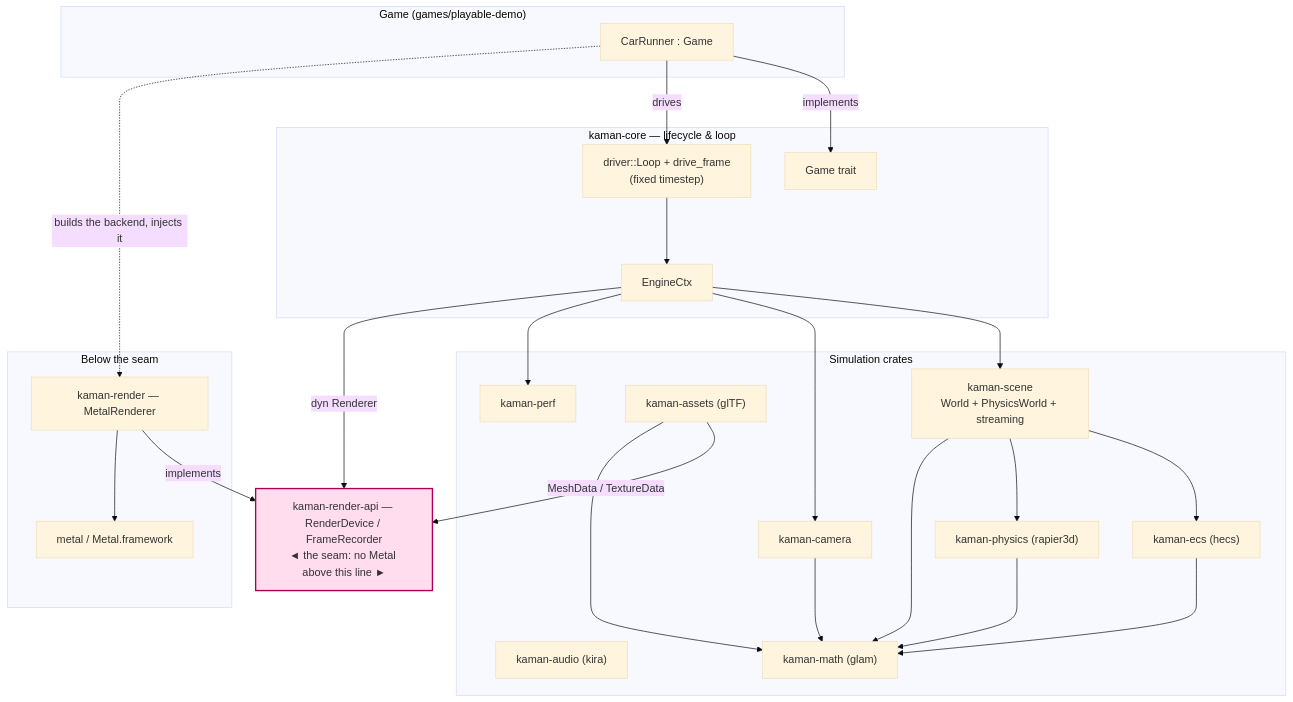
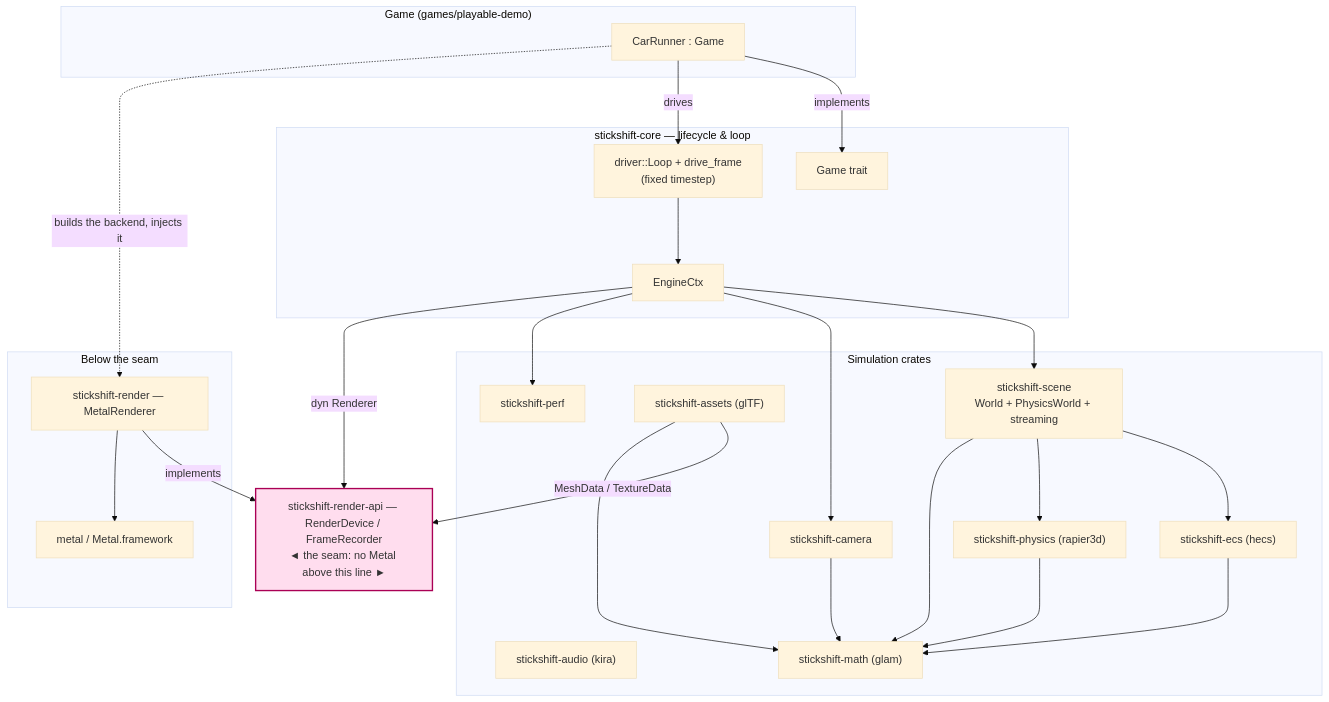
The first of 10 diagrams in docs/DESIGN.md (parsabee/KamanEngine), drawn with Mermaid (base theme) before and after one commit. The commit also changed other lines of this file and 21 other files, not shown here.

````diff
--- a/docs/DESIGN.md
+++ b/docs/DESIGN.md
@@ -18,41 +18,41 @@
 ```mermaid
 graph TD
     subgraph Game["Game (games/playable-demo)"]
         CR["CarRunner : Game"]
     end
-    subgraph Core["kaman-core — lifecycle & loop"]
+    subgraph Core["stickshift-core — lifecycle & loop"]
         LOOP["driver::Loop + drive_frame<br/>(fixed timestep)"]
         CTX["EngineCtx"]
         GAME["Game trait"]
     end
     subgraph Sim["Simulation crates"]
-        SCENE["kaman-scene<br/>World + PhysicsWorld + streaming"]
-        ECS["kaman-ecs (hecs)"]
-        PHYS["kaman-physics (rapier3d)"]
-        CAM["kaman-camera"]
-        ASSETS["kaman-assets (glTF)"]
-        AUDIO["kaman-audio (kira)"]
-        PERF["kaman-perf"]
-        MATH["kaman-math (glam)"]
+        SCENE["stickshift-scene<br/>World + PhysicsWorld + streaming"]
+        ECS["stickshift-ecs (hecs)"]
+        PHYS["stickshift-physics (rapier3d)"]
+        CAM["stickshift-camera"]
+        ASSETS["stickshift-assets (glTF)"]
+        AUDIO["stickshift-audio (kira)"]
+        PERF["stickshift-perf"]
+        MATH["stickshift-math (glam)"]
     end
-    SEAM["kaman-render-api — RenderDevice / FrameRecorder<br/>◄ the seam: no Metal above this line ►"]
+    SEAM["stickshift-render-api — RenderDevice / FrameRecorder<br/>◄ the seam: no Metal above this line ►"]
     subgraph Backend["Below the seam"]
-        REND["kaman-render — MetalRenderer"]
+        REND["stickshift-render — MetalRenderer"]
         METAL["metal / Metal.framework"]
     end
 
     CR -->|implements| GAME
     CR -->|drives| LOOP
     LOOP --> CTX
     CTX --> SCENE & CAM & PERF
     CTX -->|"dyn Renderer"| SEAM
     SCENE --> ECS & PHYS
     ASSETS -->|"MeshData / TextureData"| SEAM
     CR -.->|"builds the backend, injects it"| REND
     REND -->|implements| SEAM
     REND --> METAL
     ECS & PHYS & CAM & ASSETS & SCENE --> MATH
 
     classDef seam fill:#fde,stroke:#a05,stroke-width:2px;
     class SEAM seam;
 ```
````
